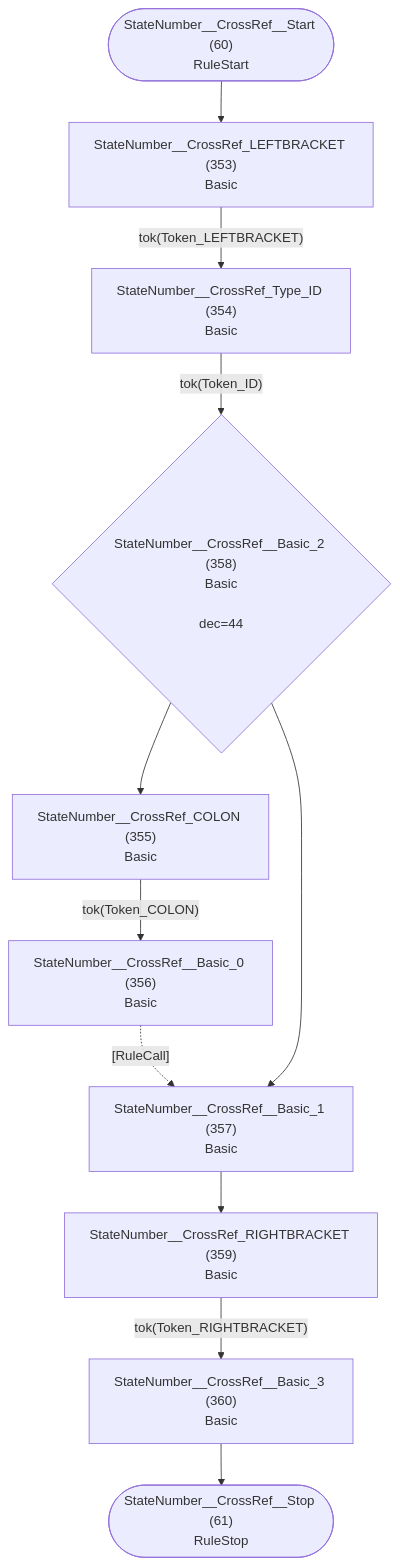
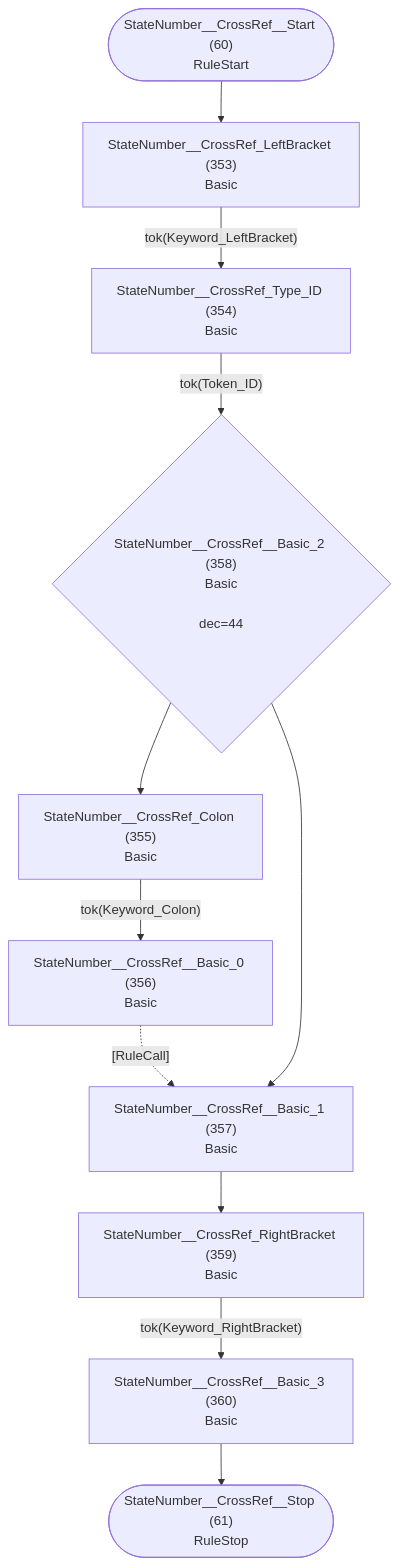
Before and after one commit to TypeFox/fastbelt: diagram 31 of 37 in internal/grammar/atn.md, drawn with Mermaid. The commit also changed other lines of this file and 7 other files, not shown here.

````diff
--- a/internal/grammar/atn.md
+++ b/internal/grammar/atn.md
@@ -926,24 +926,24 @@
 ```mermaid
 flowchart TD
     q60(["StateNumber__CrossRef__Start (60)<br/>RuleStart"])
     q61(["StateNumber__CrossRef__Stop (61)<br/>RuleStop"])
-    q353["StateNumber__CrossRef_LEFTBRACKET (353)<br/>Basic<br/>"]
+    q353["StateNumber__CrossRef_LeftBracket (353)<br/>Basic<br/>"]
     q354["StateNumber__CrossRef_Type_ID (354)<br/>Basic<br/>"]
-    q355["StateNumber__CrossRef_COLON (355)<br/>Basic<br/>"]
+    q355["StateNumber__CrossRef_Colon (355)<br/>Basic<br/>"]
     q356["StateNumber__CrossRef__Basic_0 (356)<br/>Basic<br/>"]
     q357["StateNumber__CrossRef__Basic_1 (357)<br/>Basic<br/>"]
     q358{"StateNumber__CrossRef__Basic_2 (358)<br/>Basic<br/><br/>dec=44"}
-    q359["StateNumber__CrossRef_RIGHTBRACKET (359)<br/>Basic<br/>"]
+    q359["StateNumber__CrossRef_RightBracket (359)<br/>Basic<br/>"]
     q360["StateNumber__CrossRef__Basic_3 (360)<br/>Basic<br/>"]
 
     q60 --> q353
-    q353 -->|"tok(Token_LEFTBRACKET)"| q354
+    q353 -->|"tok(Keyword_LeftBracket)"| q354
     q354 -->|"tok(Token_ID)"| q358
-    q355 -->|"tok(Token_COLON)"| q356
+    q355 -->|"tok(Keyword_Colon)"| q356
     q356 -.->|"[RuleCall]"| q357
     q357 --> q359
     q358 --> q355
     q358 --> q357
-    q359 -->|"tok(Token_RIGHTBRACKET)"| q360
+    q359 -->|"tok(Keyword_RightBracket)"| q360
     q360 --> q61
 ```
````
